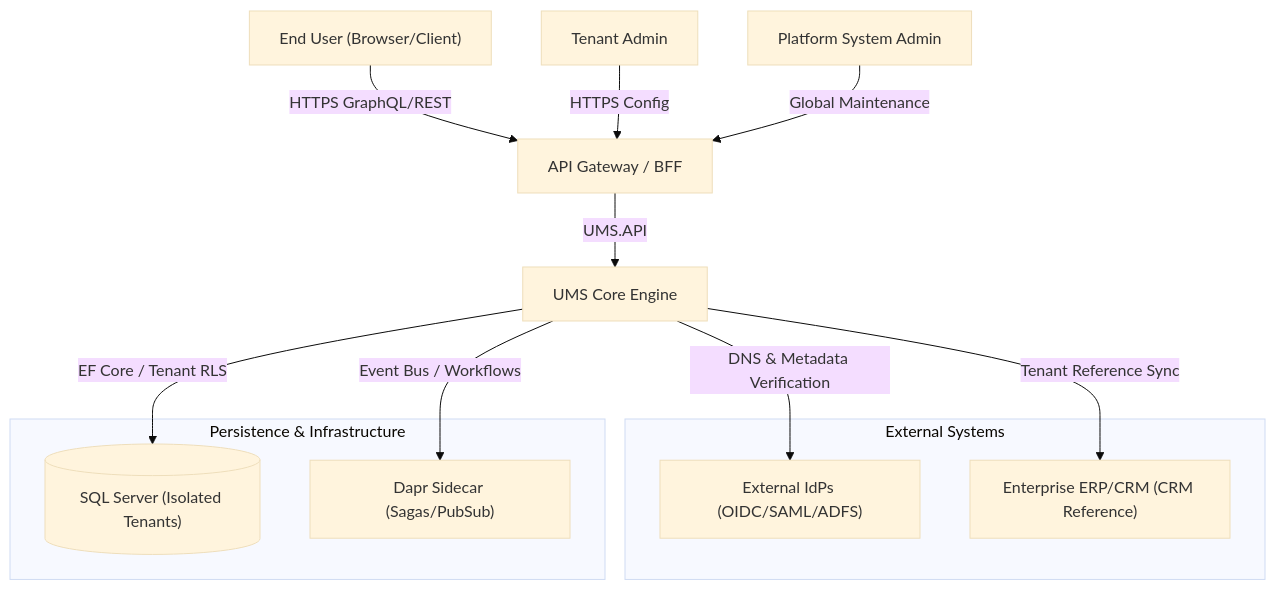
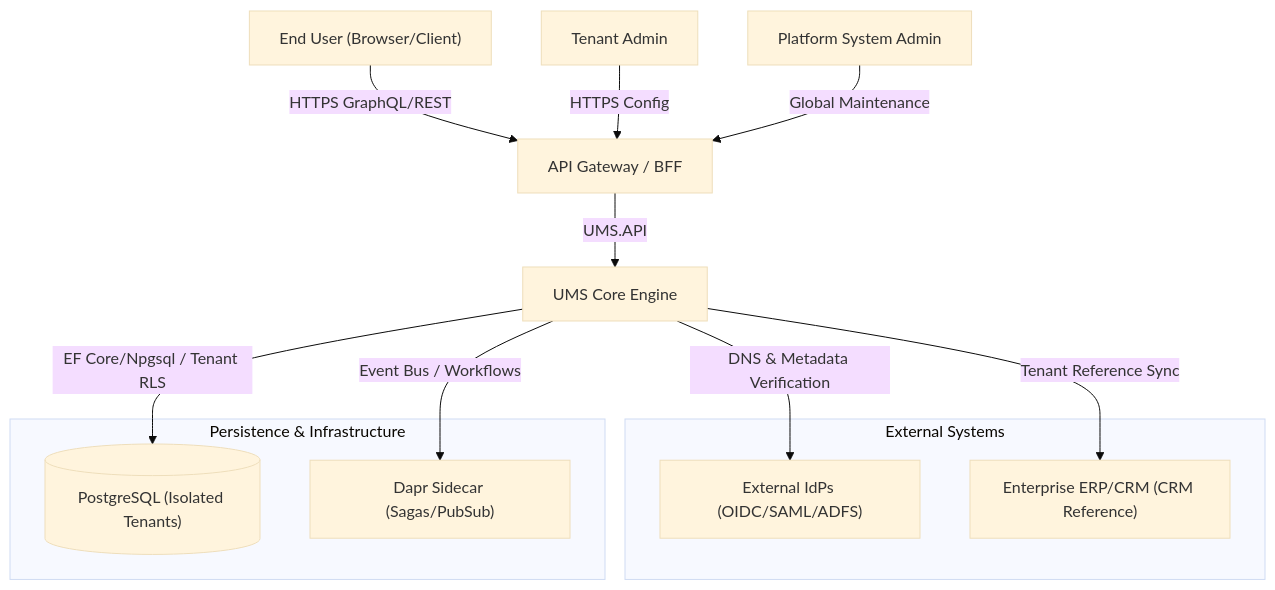
Before and after one commit to beyondnetcode/ums: the first of 2 diagrams in docs/architecture/overview.md, drawn with Mermaid (base theme). The commit also changed other lines of this file and 54 other files, not shown here.

Commit message:
docs(architecture): adopt PostgreSQL persistence baseline

````diff
--- a/docs/architecture/overview.md
+++ b/docs/architecture/overview.md
@@ -53,24 +53,24 @@
 ```mermaid
 graph TD
     User["End User (Browser/Client)"] -->|HTTPS GraphQL/REST| Gate["API Gateway / BFF"]
     Admin["Tenant Admin"] -->|HTTPS Config| Gate
     SysAdmin["Platform System Admin"] -->|Global Maintenance| Gate
 
     Gate -->|UMS.API| Core["UMS Core Engine"]
     
     subgraph External Systems
         IDP["External IdPs (OIDC/SAML/ADFS)"]
         CRM["Enterprise ERP/CRM (CRM Reference)"]
     end
     
     Core -->|DNS & Metadata Verification| IDP
     Core -->|Tenant Reference Sync| CRM
     
     subgraph Persistence & Infrastructure
-        DB[("SQL Server (Isolated Tenants)")]
+        DB[("PostgreSQL (Isolated Tenants)")]
         Dapr["Dapr Sidecar (Sagas/PubSub)"]
     end
     
-    Core -->|EF Core / Tenant RLS| DB
+    Core -->|EF Core/Npgsql / Tenant RLS| DB
     Core -->|Event Bus / Workflows| Dapr
 ```
````
